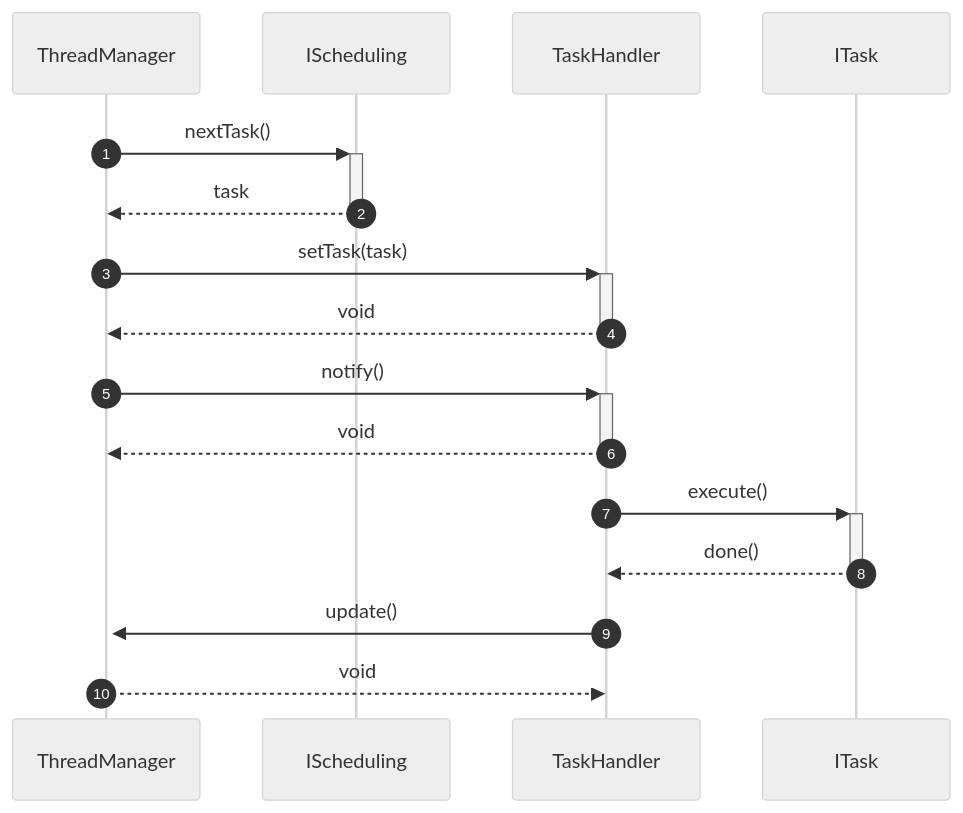
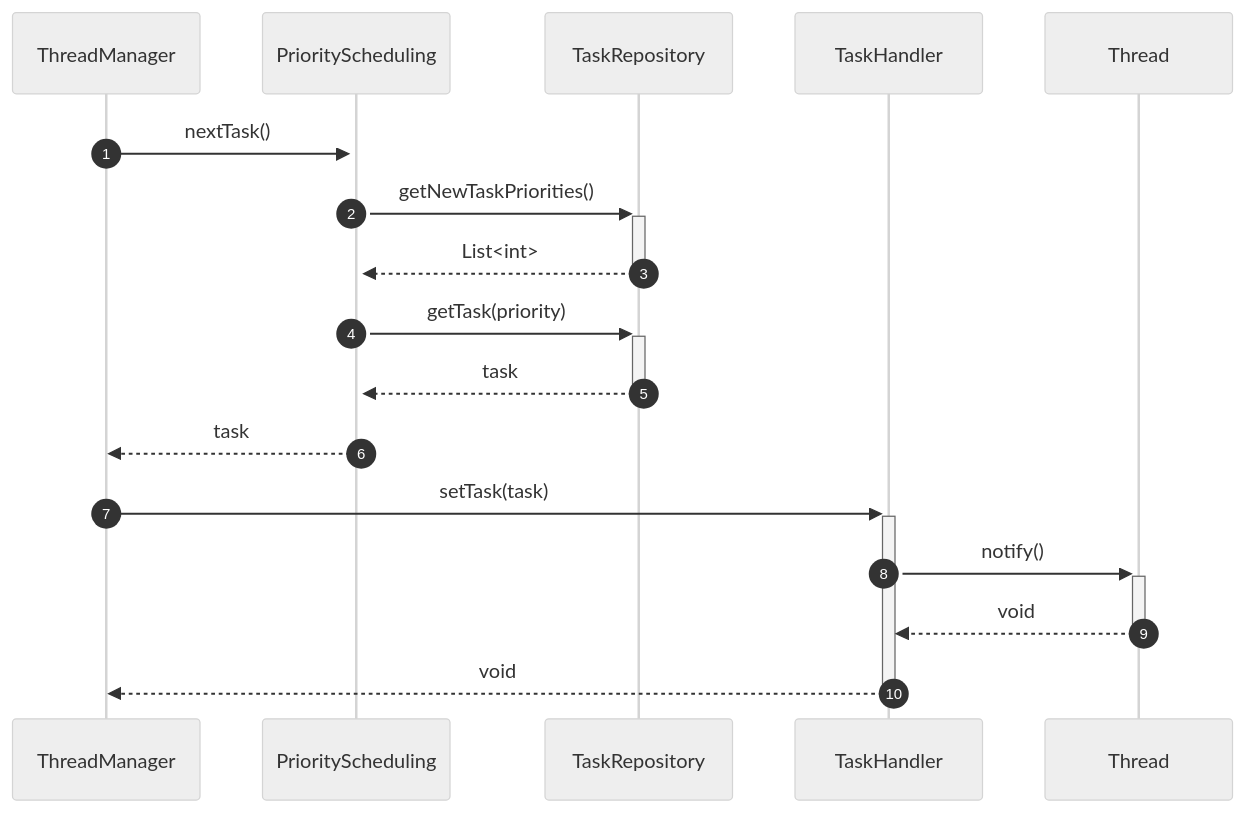
The fifth of 5 diagrams in design/r2/dd/Unified Thread Management.md (Inactionware/uapi.doc), drawn with Mermaid (neutral theme) before and after one commit. The commit also changed other lines of this file and 2 other files, not shown here.

````diff
--- a/design/r2/dd/Unified Thread Management.md
+++ b/design/r2/dd/Unified Thread Management.md
@@ -90,15 +135,15 @@
 ```mermaid
 sequenceDiagram
 autonumber
 
-ThreadManager->>+IScheduling: nextTask()
-IScheduling-->>-ThreadManager: task
+ThreadManager->>+PriorityScheduling: nextTask()
+PriorityScheduling->>+TaskRepository: getNewTaskPriorities()
+TaskRepository-->>-PriorityScheduling: List<int>
+PriorityScheduling->>+TaskRepository: getTask(priority)
+TaskRepository-->>-PriorityScheduling: task
+PriorityScheduling-->>ThreadManager: task
 ThreadManager->>+TaskHandler: setTask(task)
+TaskHandler->>+Thread: notify()
+Thread-->>-TaskHandler: void
 TaskHandler-->>-ThreadManager: void
-ThreadManager->>+TaskHandler: notify()
-TaskHandler-->>-ThreadManager: void
-TaskHandler->>+ITask: execute()
-ITask-->>-TaskHandler: done()
-TaskHandler->>+ThreadManager: update()
-ThreadManager-->>TaskHandler: void
 ```
````
